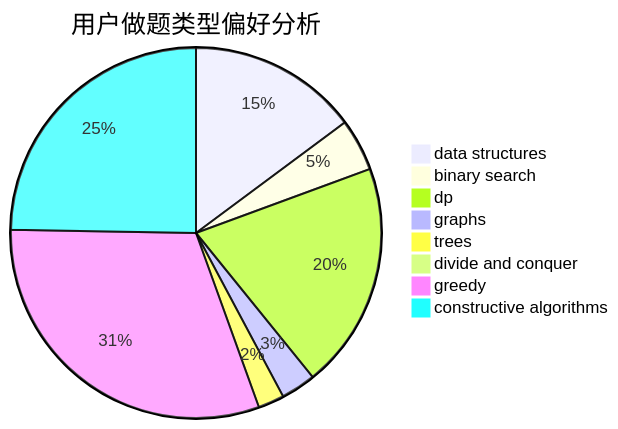
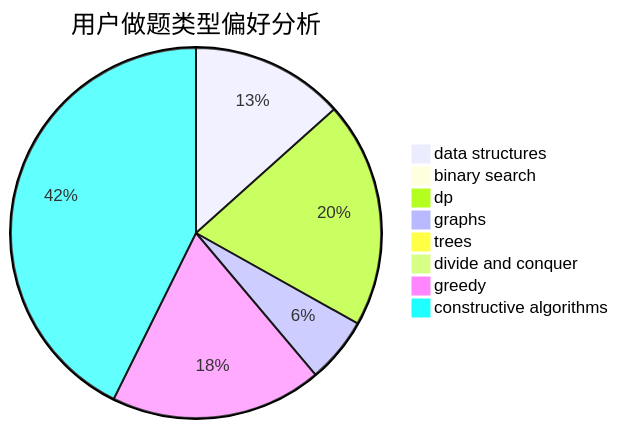
One commit to sherpahu/cfrs.github.io changed the second of 3 diagrams in docs/user/u1500.md. Above: the diagram before and after it, drawn with Mermaid. The commit also changed other lines of this file and 2770 other files, not shown here.

````diff
--- a/docs/user/u1500.md
+++ b/docs/user/u1500.md
@@ -23,11 +23,11 @@
 ```mermaid
 pie title 用户做题类型偏好分析
-    "data structures" :  39
-    "binary search" :  12
-    "dp" :  52
-    "graphs" :  8
-    "trees" :  6
+    "data structures" :  21
+    "binary search" :  1
+    "dp" :  31
+    "graphs" :  9
+    "trees" :  0
     "divide and conquer" :  0
-    "greedy" :  81
-    "constructive algorithms" :  65
+    "greedy" :  29
+    "constructive algorithms" :  67
 ```
````
